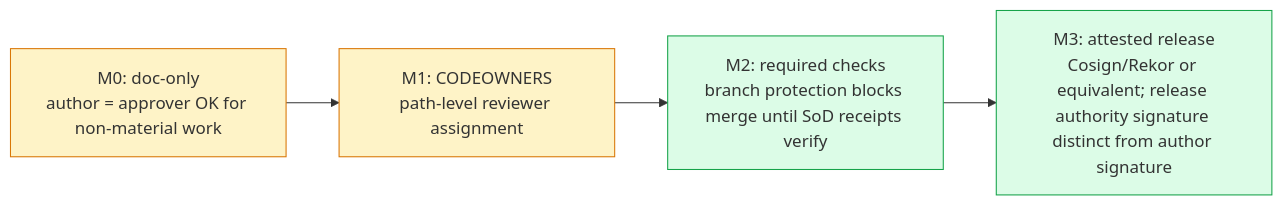
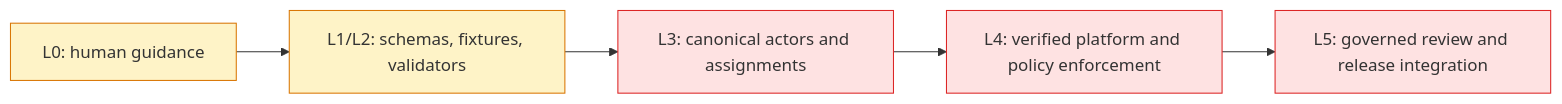
One commit to bartytime4life/Kansas-Frontier-Matrix changed the second of 2 diagrams in docs/governance/SEPARATION_OF_DUTIES.md. Above: the diagram before and after it, drawn with Mermaid. The commit also changed other lines of this file, not shown here.

````diff
--- a/docs/governance/SEPARATION_OF_DUTIES.md
+++ b/docs/governance/SEPARATION_OF_DUTIES.md
@@ -408,11 +687,13 @@
 ```mermaid
 flowchart LR
-  A[M0: doc-only<br/>author = approver OK for non-material work] --> B[M1: CODEOWNERS<br/>path-level reviewer assignment]
-  B --> C[M2: required checks<br/>branch protection blocks merge until SoD receipts verify]
-  C --> D[M3: attested release<br/>Cosign/Rekor or equivalent; release authority signature distinct from author signature]
+    A[L0: human guidance] --> B[L1/L2: schemas, fixtures, validators]
+    B --> C[L3: canonical actors and assignments]
+    C --> D[L4: verified platform and policy enforcement]
+    D --> E[L5: governed review and release integration]
 
-  style A fill:#fef3c7,stroke:#d97706
-  style B fill:#fef3c7,stroke:#d97706
-  style C fill:#dcfce7,stroke:#16a34a
-  style D fill:#dcfce7,stroke:#16a34a
+    style A fill:#fef3c7,stroke:#d97706
+    style B fill:#fef3c7,stroke:#d97706
+    style C fill:#fee2e2,stroke:#dc2626
+    style D fill:#fee2e2,stroke:#dc2626
+    style E fill:#fee2e2,stroke:#dc2626
 ```
````
